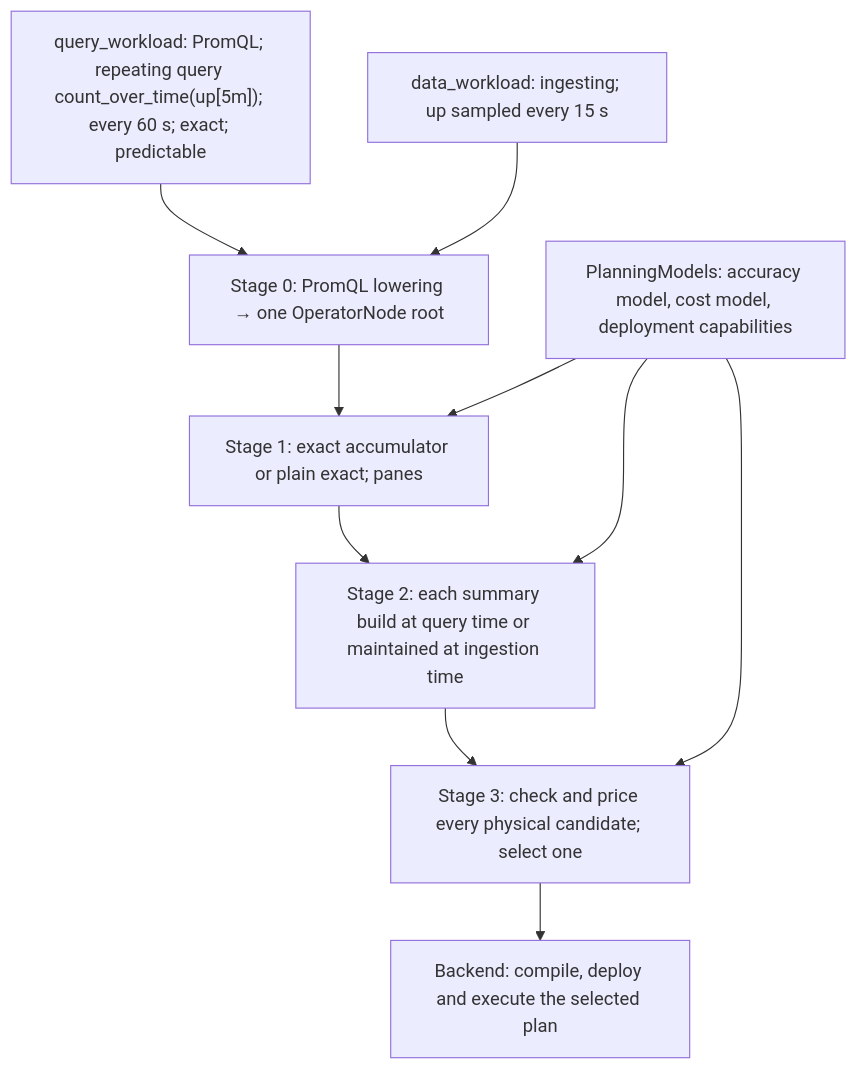
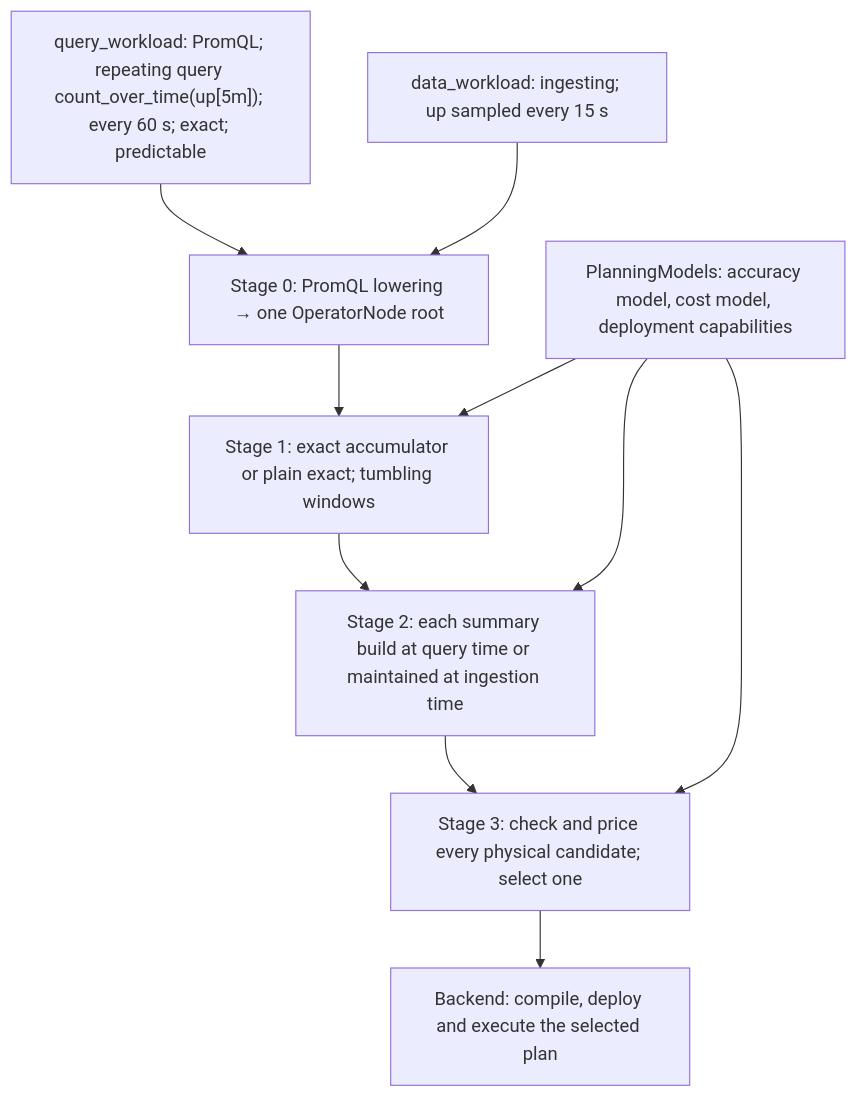
The diagram in docs/design_docs/architecture/input-output-workflow.md (ProjectASAP/ASAPPlanner), drawn with Mermaid before and after one commit. The commit also changed other lines of this file and 158 other files, not shown here.

````diff
--- a/docs/design_docs/architecture/input-output-workflow.md
+++ b/docs/design_docs/architecture/input-output-workflow.md
@@ -55,17 +55,17 @@
 ```mermaid
 flowchart TD
     Q["query_workload: PromQL; repeating query count_over_time(up[5m]); every 60 s; exact; predictable"]
     D["data_workload: ingesting; up sampled every 15 s"]
     M["PlanningModels: accuracy model, cost model, deployment capabilities"]
     F["Stage 0: PromQL lowering → one OperatorNode root"]
-    S1["Stage 1: exact accumulator or plain exact; panes"]
+    S1["Stage 1: exact accumulator or plain exact; tumbling windows"]
     S2["Stage 2: each summary build at query time or maintained at ingestion time"]
     S3["Stage 3: check and price every physical candidate; select one"]
     B["Backend: compile, deploy and execute the selected plan"]
     Q --> F
     D --> F
     F --> S1 --> S2 --> S3 --> B
     M --> S1
     M --> S2
     M --> S3
 ```
````
